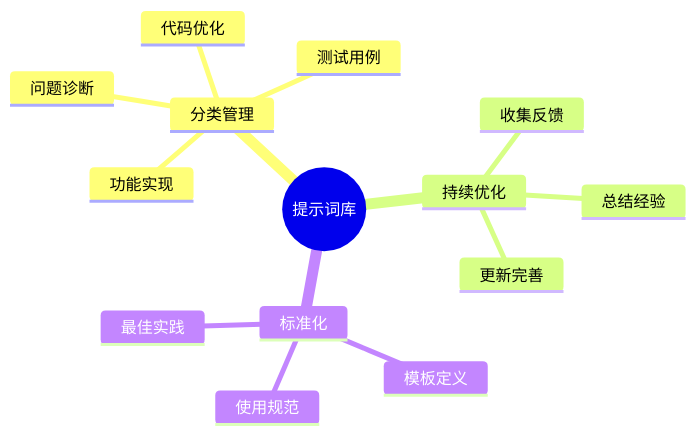
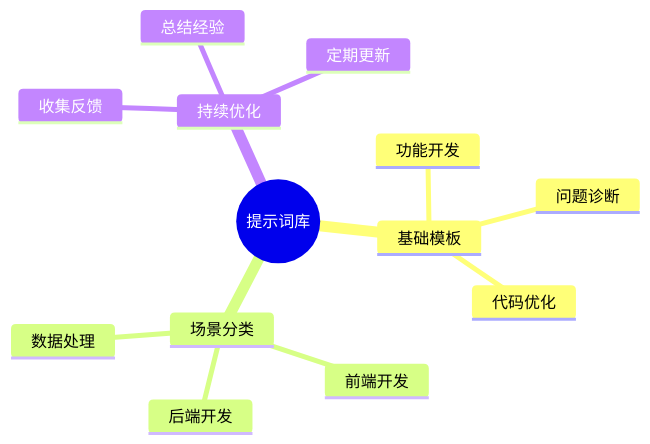
The fifth of 5 diagrams in base/第三章-Prompt创建技巧.md (wutongci/cursor-courses), drawn with Mermaid before and after one commit. The commit also changed other lines of this file and 9 other files, not shown here.

````diff
--- a/base/第三章-Prompt创建技巧.md
+++ b/base/第三章-Prompt创建技巧.md
@@ -222,17 +371,16 @@
 ```mermaid
 mindmap
   root((提示词库))
-    分类管理
-      功能实现
+    基础模板
+      功能开发
       问题诊断
       代码优化
-      测试用例
+    场景分类
+      前端开发
+      后端开发
+      数据处理
     持续优化
       收集反馈
       总结经验
-      更新完善
-    标准化
-      模板定义
-      使用规范
-      最佳实践
+      定期更新
 ```
````
